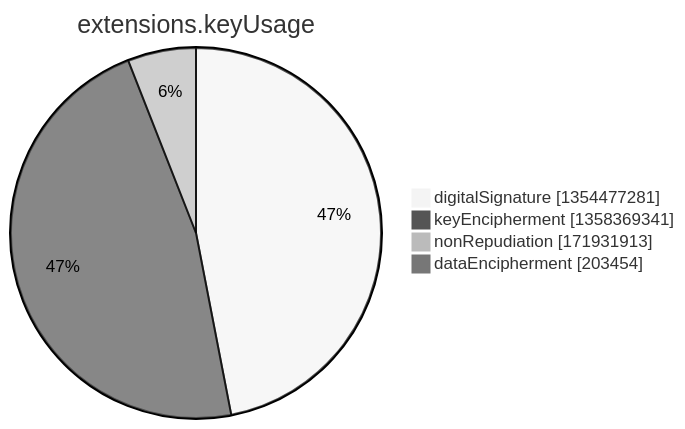
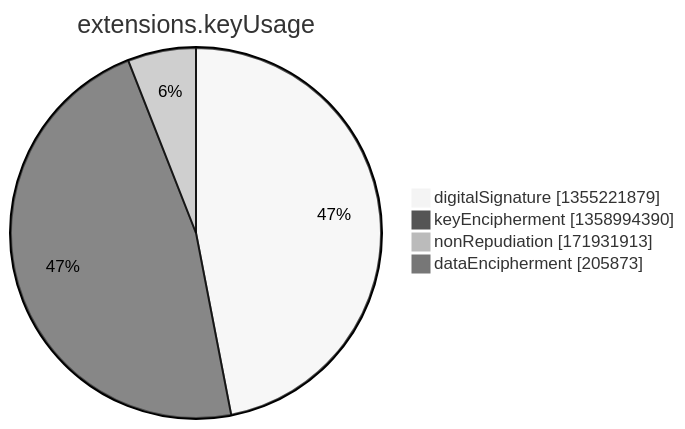
The seventh of 15 diagrams in argon2022/README.md (christiankrug/ctmonitor_visualization), drawn with Mermaid (neutral theme) before and after one commit. The commit also changed other lines of this file, not shown here.

````diff
--- a/argon2022/README.md
+++ b/argon2022/README.md
@@ -2750,8 +2750,8 @@
 ```mermaid
 pie showData
 title extensions.keyUsage
-"digitalSignature" :1354477281
-"keyEncipherment" :1358369341
+"digitalSignature" :1355221879
+"keyEncipherment" :1358994390
 "nonRepudiation" :171931913
-"dataEncipherment" :203454
+"dataEncipherment" :205873
 ```
````
